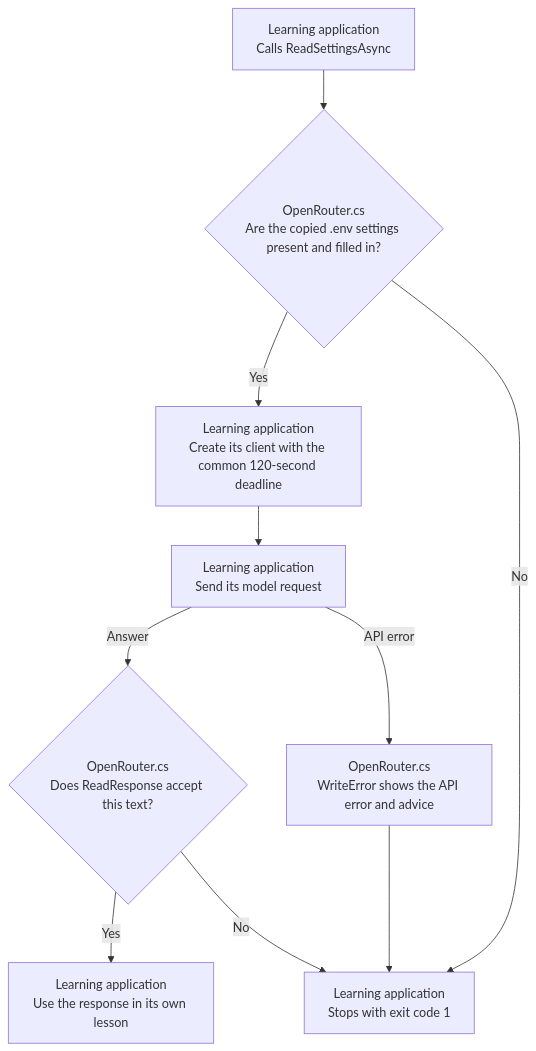
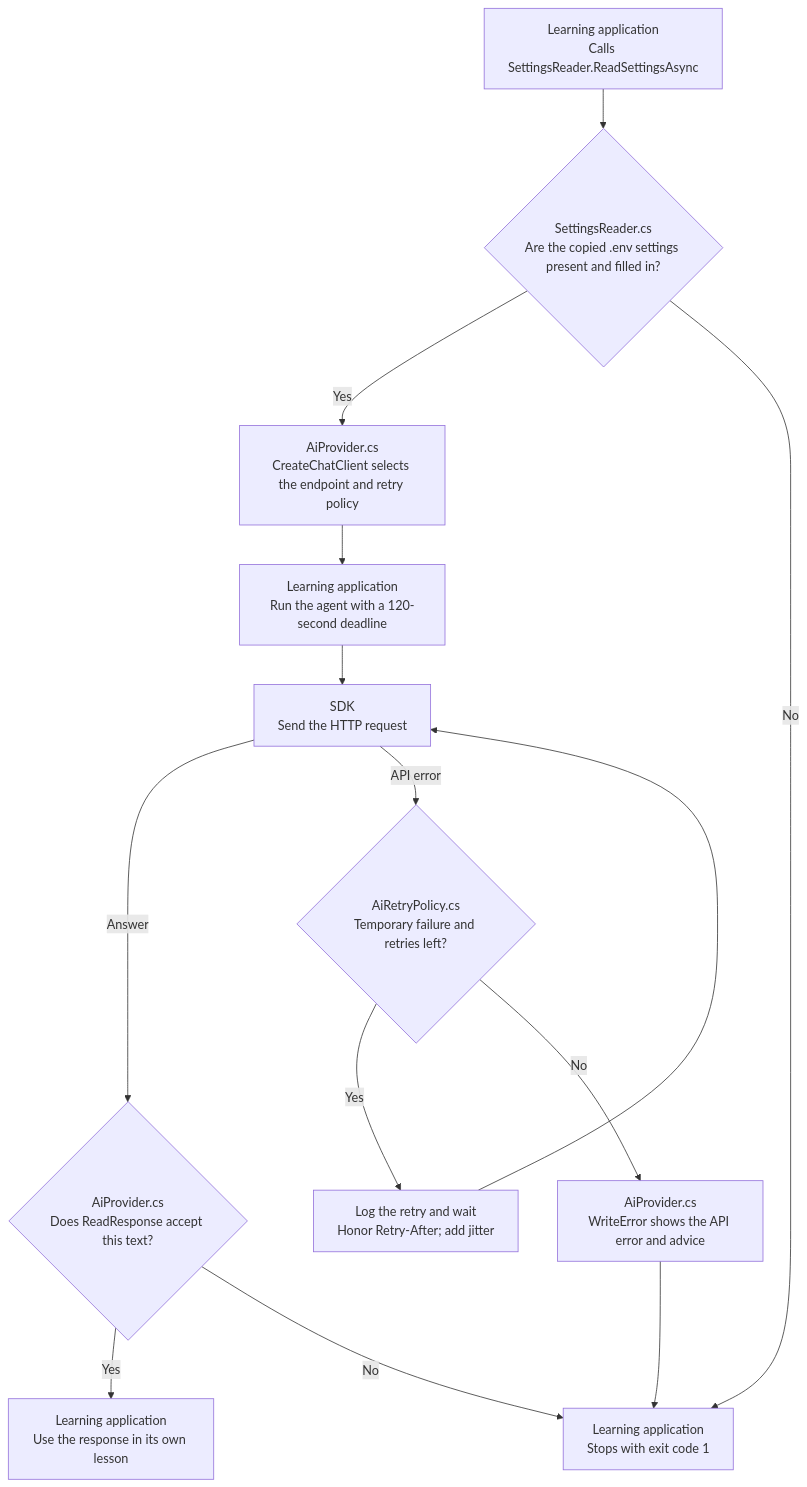
The diagram in shared/shared/README.md (KhosroPakmanesh/ai-engineering-training), drawn with Mermaid before and after one commit. The commit also changed other lines of this file and 80 other files, not shown here.

````diff
--- a/shared/shared/README.md
+++ b/shared/shared/README.md
@@ -18,12 +20,16 @@
 ```mermaid
 flowchart TD
-    A["Learning application<br/>Calls ReadSettingsAsync"] --> B{"OpenRouter.cs<br/>Are the copied .env settings present and filled in?"}
-    B -->|Yes| C["Learning application<br/>Create its client with the common 120-second deadline"]
-    C --> D["Learning application<br/>Send its model request"]
-    D -->|Answer| E{"OpenRouter.cs<br/>Does ReadResponse accept this text?"}
+    A["Learning application<br/>Calls SettingsReader.ReadSettingsAsync"] --> B{"SettingsReader.cs<br/>Are the copied .env settings present and filled in?"}
+    B -->|Yes| C["AiProvider.cs<br/>CreateChatClient selects the endpoint and retry policy"]
+    C --> D["Learning application<br/>Run the agent with a 120-second deadline"]
+    D --> R["SDK<br/>Send the HTTP request"]
+    R -->|Answer| E{"AiProvider.cs<br/>Does ReadResponse accept this text?"}
     E -->|Yes| F["Learning application<br/>Use the response in its own lesson"]
-    D -->|API error| G["OpenRouter.cs<br/>WriteError shows the API error and advice"]
+    R -->|API error| Q{"AiRetryPolicy.cs<br/>Temporary failure and retries left?"}
+    Q -->|Yes| W["Log the retry and wait<br/>Honor Retry-After; add jitter"]
+    W --> R
+    Q -->|No| G["AiProvider.cs<br/>WriteError shows the API error and advice"]
     G --> H["Learning application<br/>Stops with exit code 1"]
     B -->|No| H
     E -->|No| H
 ```
````
